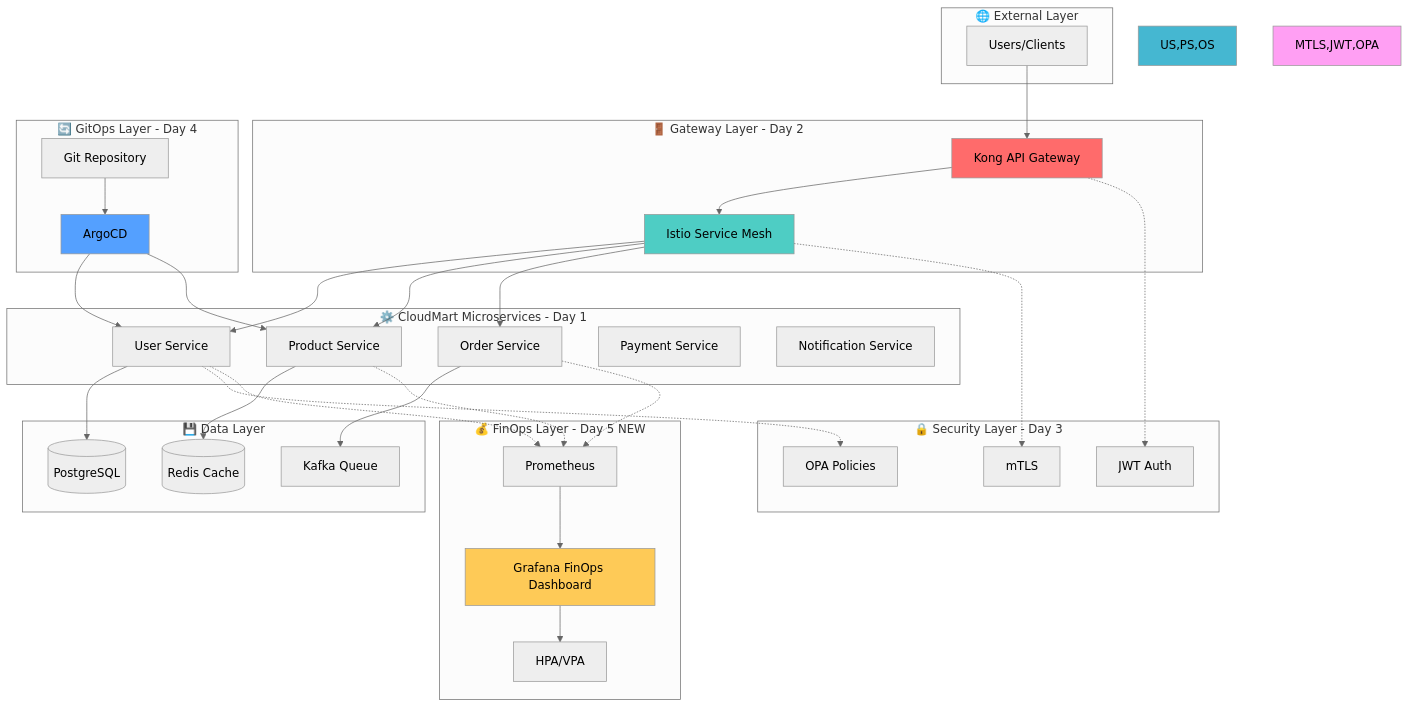
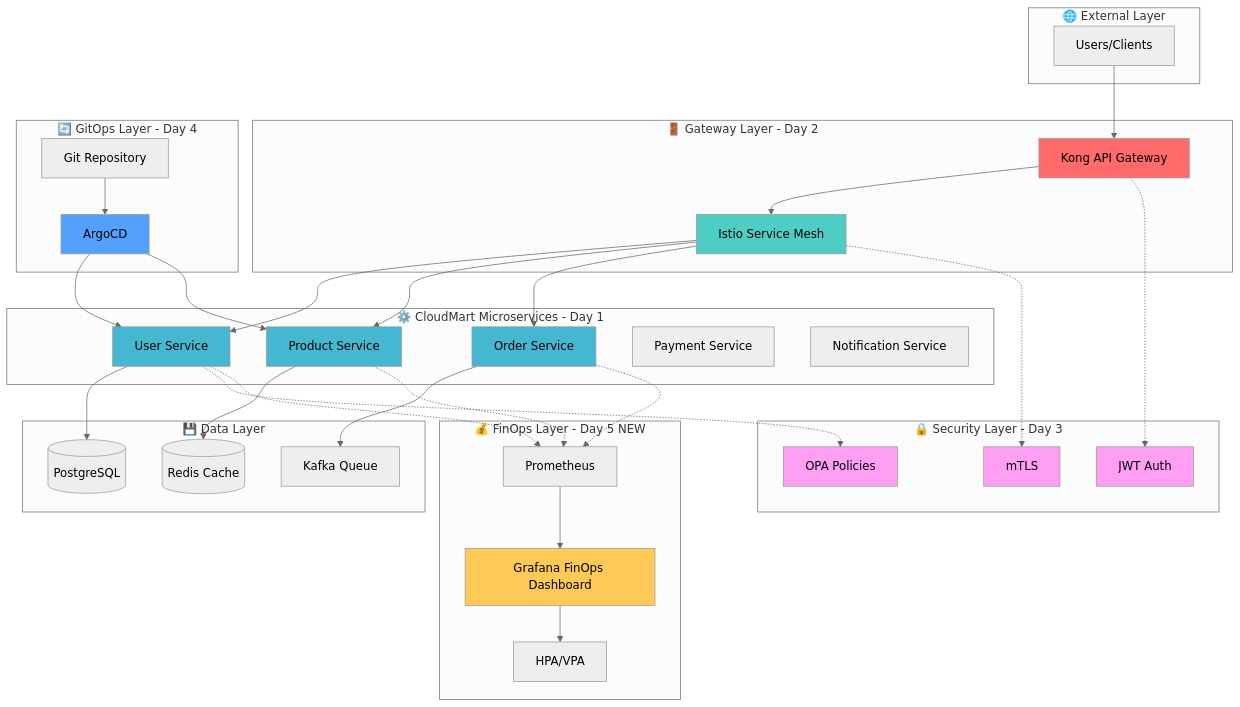
The diagram in theory/week_04/day5/handson_1.md (niceguy61/kdt_devops_lecture_2025), drawn with Mermaid (neutral theme) before and after one commit.

Commit message:
handson mermaid graph 수정

````diff
--- a/theory/week_04/day5/handson_1.md
+++ b/theory/week_04/day5/handson_1.md
@@ -40,73 +40,77 @@
 ```mermaid
 graph TB
     subgraph "🌐 External Layer"
         U[Users/Clients]
     end
     
     subgraph "🚪 Gateway Layer - Day 2"
         K[Kong API Gateway]
         I[Istio Service Mesh]
     end
     
     subgraph "⚙️ CloudMart Microservices - Day 1"
         US[User Service]
         PS[Product Service]
         OS[Order Service]
         PY[Payment Service]
         NS[Notification Service]
     end
     
     subgraph "💾 Data Layer"
         DB[(PostgreSQL)]
         REDIS[(Redis Cache)]
         KAFKA[Kafka Queue]
     end
     
     subgraph "🔒 Security Layer - Day 3"
         MTLS[mTLS]
         JWT[JWT Auth]
         OPA[OPA Policies]
     end
     
     subgraph "🔄 GitOps Layer - Day 4"
         GIT[Git Repository]
         ARGO[ArgoCD]
     end
     
     subgraph "💰 FinOps Layer - Day 5 NEW"
         PROM[Prometheus]
         GRAF[Grafana FinOps Dashboard]
         HPA[HPA/VPA]
     end
     
     U --> K
     K --> I
     I --> US
     I --> PS
     I --> OS
     
     US --> DB
     PS --> REDIS
     OS --> KAFKA
     
     I -.-> MTLS
     K -.-> JWT
     US -.-> OPA
     
     GIT --> ARGO
     ARGO --> US
     ARGO --> PS
     
     US -.-> PROM
     PS -.-> PROM
     OS -.-> PROM
     PROM --> GRAF
     GRAF --> HPA
     
     style K fill:#ff6b6b
     style I fill:#4ecdc4
-    style US,PS,OS fill:#45b7d1
-    style MTLS,JWT,OPA fill:#ff9ff3
+    style US fill:#45b7d1
+    style PS fill:#45b7d1
+    style OS fill:#45b7d1
+    style MTLS fill:#ff9ff3
+    style JWT fill:#ff9ff3
+    style OPA fill:#ff9ff3
     style ARGO fill:#54a0ff
     style GRAF fill:#feca57
 ```
````
